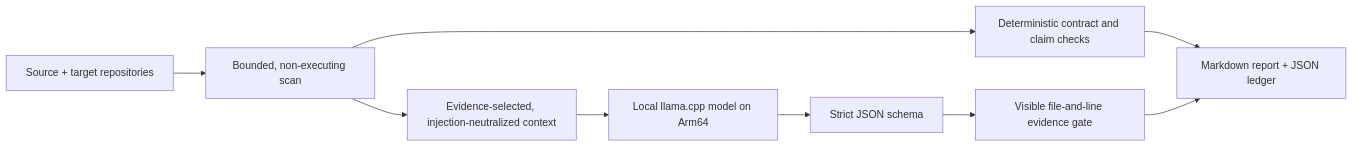
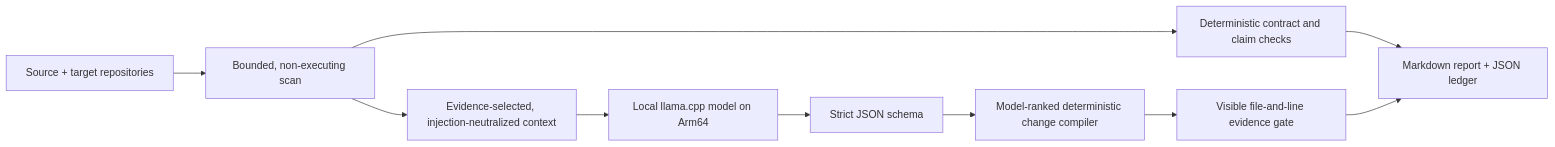
Before and after one commit to agentic-build-lab/proofedge-arm64: the diagram in README.md, drawn with Mermaid. The commit also changed other lines of this file and 98 other files, not shown here.

Commit message:
Compile model-ranked risks into citable tests

````diff
--- a/README.md
+++ b/README.md
@@ -34,11 +34,12 @@
 ```mermaid
 flowchart LR
     A["Source + target repositories"] --> B["Bounded, non-executing scan"]
     B --> C["Deterministic contract and claim checks"]
     B --> D["Evidence-selected, injection-neutralized context"]
     D --> E["Local llama.cpp model on Arm64"]
     E --> F["Strict JSON schema"]
-    F --> G["Visible file-and-line evidence gate"]
+    F --> G["Model-ranked deterministic change compiler"]
+    G --> I["Visible file-and-line evidence gate"]
     C --> H["Markdown report + JSON ledger"]
-    G --> H
+    I --> H
 ```
````
